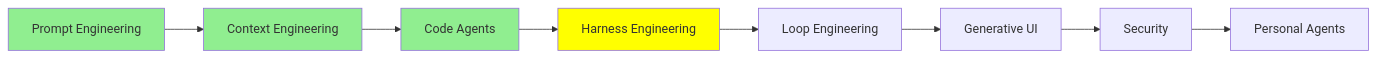
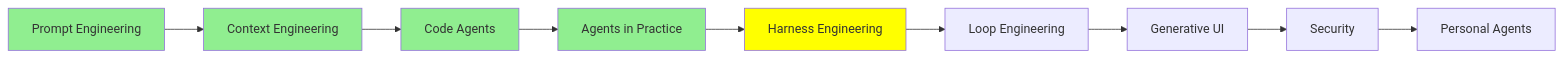
One commit to lokumai/ai-engineering-bazaar changed the third of 3 diagrams in mini-courses/2_intermediate/harness_engineering.md. Above: the diagram before and after it, drawn with Mermaid. The commit also changed 51 other files, not shown here.

Commit message:
M68: Agents in Practice for engineers and the first For Everyone module, Claude Duet in Personal Agents, inline logos; M67 review fixes

````diff
--- a/mini-courses/2_intermediate/harness_engineering.md
+++ b/mini-courses/2_intermediate/harness_engineering.md
@@ -185,14 +185,16 @@
 ```mermaid
 graph LR
     A[Prompt Engineering] --> B[Context Engineering]
     B --> C[Code Agents]
-    C --> D[Harness Engineering]
-    D --> E[Loop Engineering]
-    E --> F[Generative UI]
-    F --> G[Security]
-    G --> H[Personal Agents]
+    C --> D[Agents in Practice]
+    D --> E[Harness Engineering]
+    E --> F[Loop Engineering]
+    F --> G[Generative UI]
+    G --> H[Security]
+    H --> I[Personal Agents]
     style A fill:#90EE90
     style B fill:#90EE90
     style C fill:#90EE90
-    style D fill:#FFFF00
+    style D fill:#90EE90
+    style E fill:#FFFF00
 ```
````
